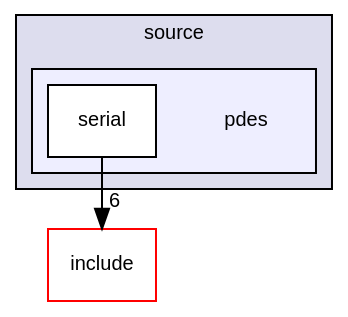
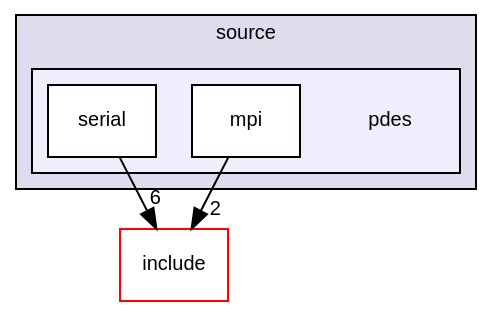
One commit to luca-heltai/fsi-suite changed the diagram in dir_863924b7d266e6f7561da03323982265_dep.dot. Above: the diagram before and after it, drawn with Graphviz. The commit also changed 738 other files, not shown here.

```diff
--- a/dir_863924b7d266e6f7561da03323982265_dep.dot
+++ b/dir_863924b7d266e6f7561da03323982265_dep.dot
@@ -1,16 +1,18 @@
 digraph "source/pdes" {
   bgcolor=transparent;
   compound=true
   node [ fontsize="10", fontname="Helvetica"];
   edge [ labelfontsize="10", labelfontname="Helvetica"];
   subgraph clusterdir_b2f33c71d4aa5e7af42a1ca61ff5af1b {
     graph [ bgcolor="#ddddee", pencolor="black", label="source" fontname="Helvetica", fontsize="10", URL="dir_b2f33c71d4aa5e7af42a1ca61ff5af1b.html"]
   subgraph clusterdir_863924b7d266e6f7561da03323982265 {
     graph [ bgcolor="#eeeeff", pencolor="black", label="" URL="dir_863924b7d266e6f7561da03323982265.html"];
     dir_863924b7d266e6f7561da03323982265 [shape=plaintext label="pdes"];
+    dir_d30ee247edb6922479131ed25252b151 [shape=box label="mpi" color="black" fillcolor="white" style="filled" URL="dir_d30ee247edb6922479131ed25252b151.html"];
     dir_50f223c273824013943d646bc691d39f [shape=box label="serial" color="black" fillcolor="white" style="filled" URL="dir_50f223c273824013943d646bc691d39f.html"];
   }
   }
   dir_d44c64559bbebec7f509842c48db8b23 [shape=box label="include" color="red" URL="dir_d44c64559bbebec7f509842c48db8b23.html"];
-  dir_50f223c273824013943d646bc691d39f->dir_d44c64559bbebec7f509842c48db8b23 [headlabel="6", labeldistance=1.5 headhref="dir_000010_000002.html"];
+  dir_50f223c273824013943d646bc691d39f->dir_d44c64559bbebec7f509842c48db8b23 [headlabel="6", labeldistance=1.5 headhref="dir_000012_000002.html"];
+  dir_d30ee247edb6922479131ed25252b151->dir_d44c64559bbebec7f509842c48db8b23 [headlabel="2", labeldistance=1.5 headhref="dir_000011_000002.html"];
 }
```
